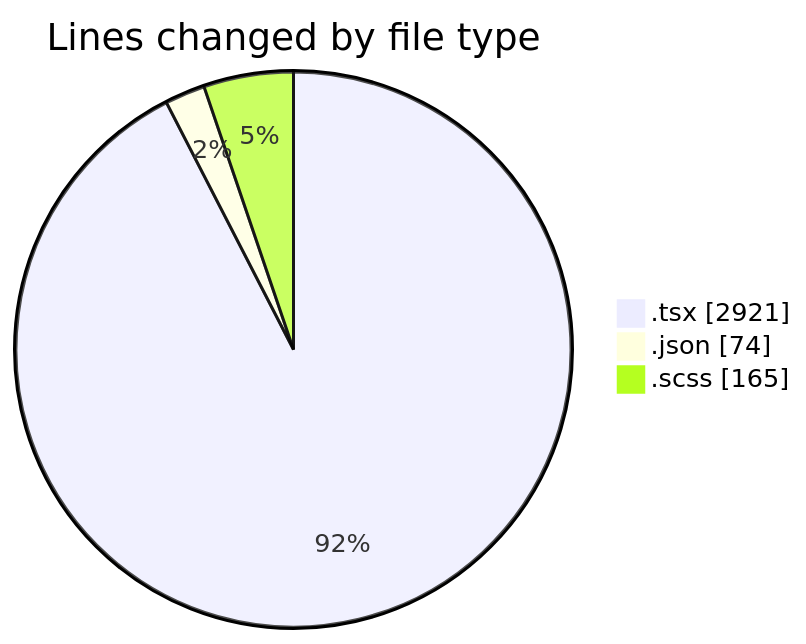
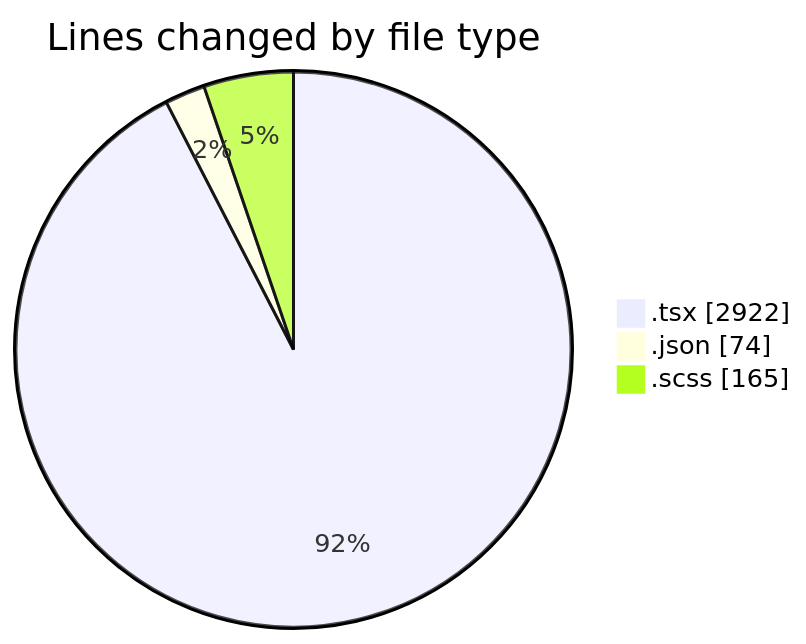
The first of 2 diagrams in 2025-04-08/cda/README.md (momahboobian/code-tracking), drawn with Mermaid before and after one commit. The commit also changed other lines of this file and 1 other file, not shown here.

````diff
--- a/2025-04-08/cda/README.md
+++ b/2025-04-08/cda/README.md
@@ -28,7 +28,7 @@
 ```mermaid
 pie showData
 title Lines changed by file type
-".tsx" : 2921
+".tsx" : 2922
 ".json" : 74
 ".scss" : 165
 ```
````
